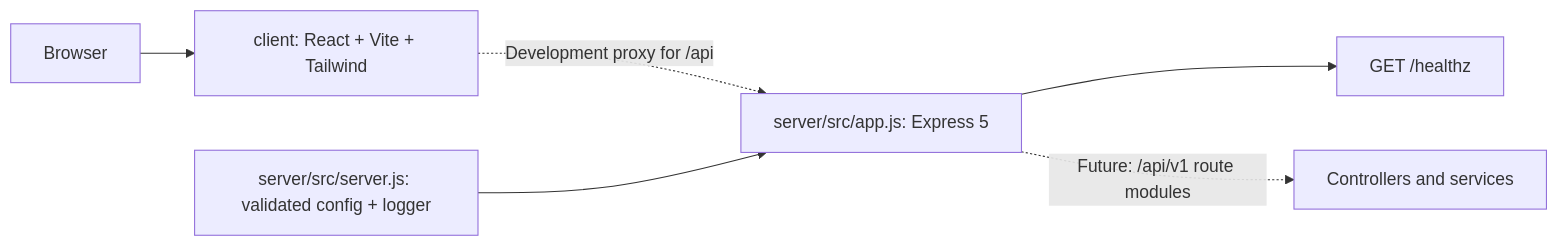
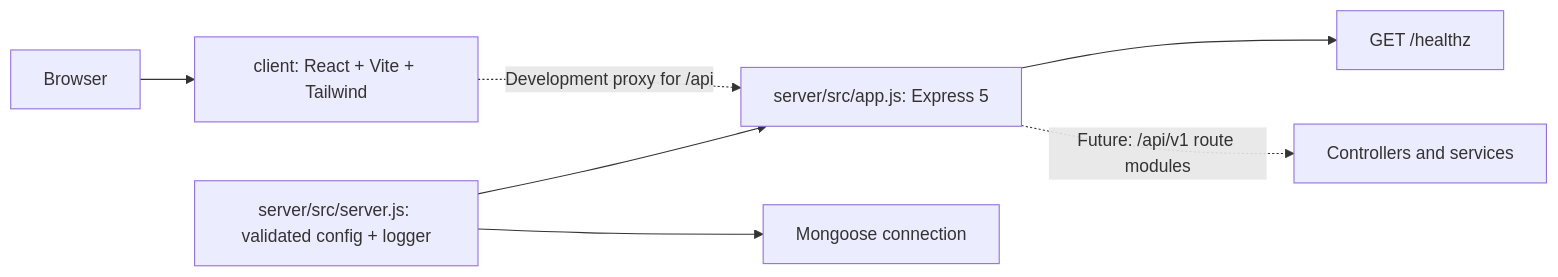
One commit to bikendra77/ResolveHQ changed the diagram in docs/architecture.md. Above: the diagram before and after it, drawn with Mermaid. The commit also changed other lines of this file and 12 other files, not shown here.

Commit message:
feat(database): add MongoDB connection foundation

````diff
--- a/docs/architecture.md
+++ b/docs/architecture.md
@@ -5,8 +5,9 @@
 ```mermaid
 flowchart LR
   Browser --> Client["client: React + Vite + Tailwind"]
   Client -. "Development proxy for /api" .-> App["server/src/app.js: Express 5"]
-  Startup["server/src/server.js: validated config + logger"] --> App
+  Startup["server/src/server.js: validated config + logger"] --> Database["Mongoose connection"]
+  Startup --> App
   App --> Health["GET /healthz"]
   App -. "Future: /api/v1 route modules" .-> Modules["Controllers and services"]
 ```
````
